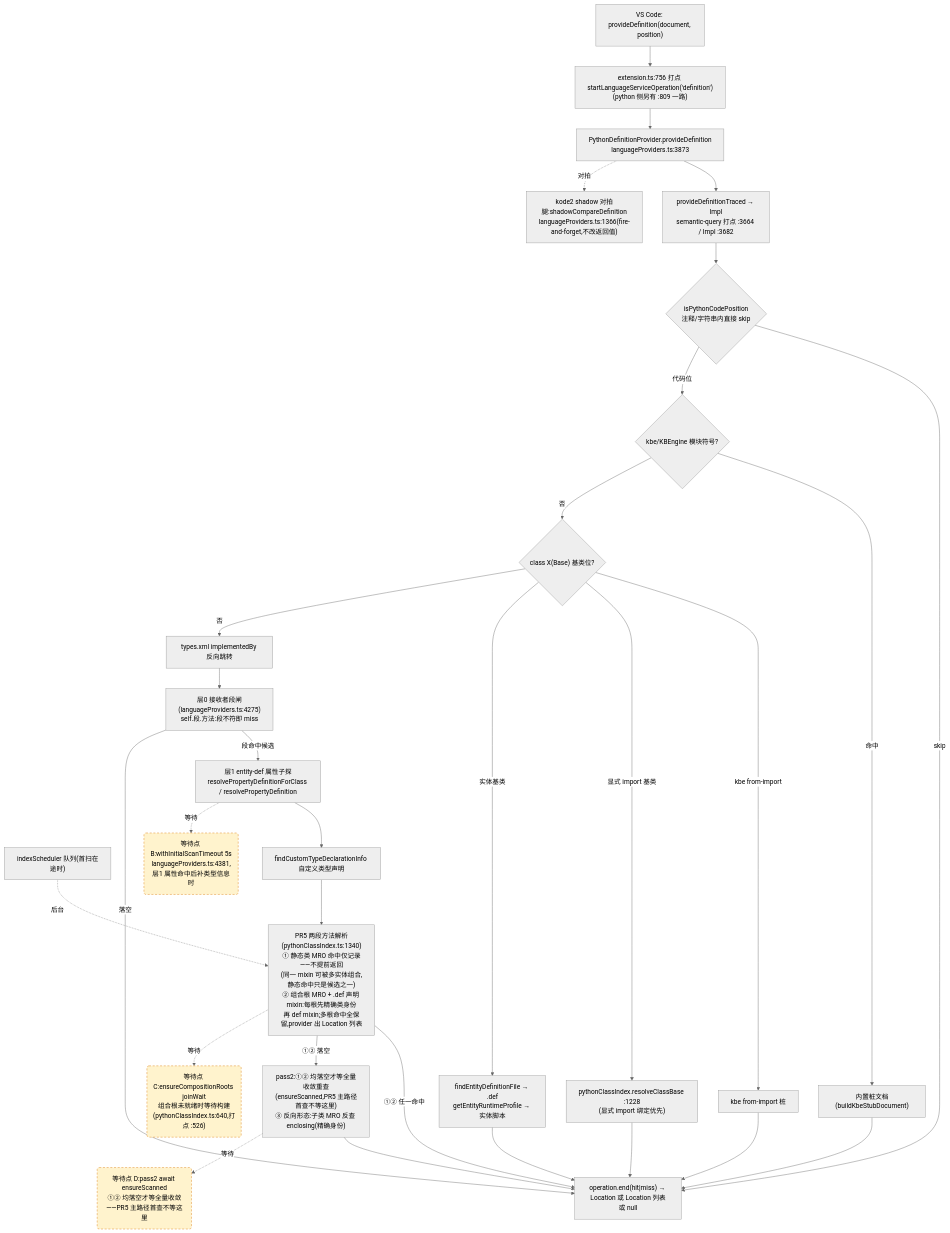
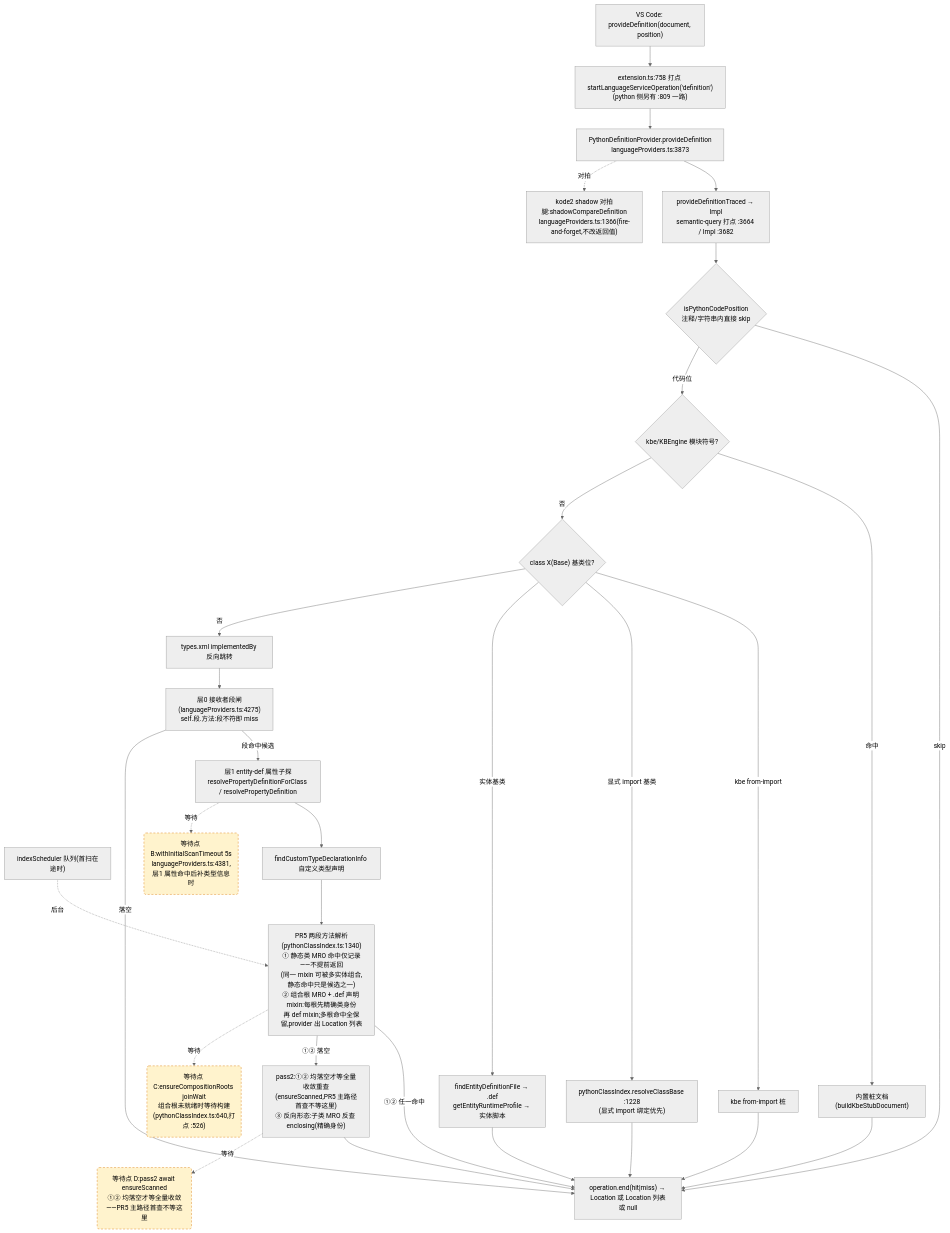
Before and after one commit to cuihairu/kode: the second of 4 diagrams in docs/perf/2026-baseline.md, drawn with Mermaid (neutral theme). The commit also changed other lines of this file and 15 other files, not shown here.

````diff
--- a/docs/perf/2026-baseline.md
+++ b/docs/perf/2026-baseline.md
@@ -130,51 +130,51 @@
 ```mermaid
 flowchart TD
   VC2["VS Code: provideDefinition(document, position)"]
-  M2["extension.ts:756 打点 startLanguageServiceOperation('definition')<br/>(python 侧另有 :809 一路)"]
+  M2["extension.ts:758 打点 startLanguageServiceOperation('definition')<br/>(python 侧另有 :809 一路)"]
   AD2["PythonDefinitionProvider.provideDefinition<br/>languageProviders.ts:3873"]
   TR["provideDefinitionTraced → Impl<br/>semantic-query 打点 :3664 / Impl :3682"]
   CTX{"isPythonCodePosition<br/>注释/字符串内直接 skip"}
   KBE{"kbe/KBEngine 模块符号?"}
   STUB["内置桩文档(buildKbeStubDocument)"]
   CB{"class X(Base) 基类位?"}
   CB1["kbe from-import 桩"]
   CB2["pythonClassIndex.resolveClassBase :1228<br/>(显式 import 绑定优先)"]
   CB3["findEntityDefinitionFile → .def<br/>getEntityRuntimeProfile → 实体脚本"]
   REV["types.xml implementedBy 反向跳转"]
   L0["层0 接收者段闸(languageProviders.ts:4275)<br/>self.段.方法:段不符即 miss"]
   L1["层1 entity-def 属性子探<br/>resolvePropertyDefinitionForClass / resolvePropertyDefinition"]
   SCAN["indexScheduler 队列(首扫在途时)"]
   TY["findCustomTypeDeclarationInfo 自定义类型声明"]
   MRO["PR5 两段方法解析(pythonClassIndex.ts:1340)<br/>① 静态类 MRO 命中仅记录——不提前返回<br/>(同一 mixin 可被多实体组合,静态命中只是候选之一)<br/>② 组合根 MRO + .def 声明 mixin:每根先精确类身份<br/>再 def mixin;多根命中全保留,provider 出 Location 列表"]
   PASS2["pass2:①② 均落空才等全量收敛重查<br/>(ensureScanned,PR5 主路径首查不等这里)<br/>③ 反向形态:子类 MRO 反查 enclosing(精确身份)"]
   SHD["kode2 shadow 对拍腿:shadowCompareDefinition<br/>languageProviders.ts:1366(fire-and-forget,不改返回值)"]
   END2["operation.end(hit|miss) → Location 或 Location 列表或 null"]
 
   VC2 --> M2 --> AD2 --> TR --> CTX
   CTX -- "skip" --> END2
   CTX -- "代码位" --> KBE
   KBE -- "命中" --> STUB --> END2
   KBE -- "否" --> CB
   CB -- "kbe from-import" --> CB1 --> END2
   CB -- "显式 import 基类" --> CB2 --> END2
   CB -- "实体基类" --> CB3 --> END2
   CB -- "否" --> REV --> L0
   L0 -- "段命中候选" --> L1
   L0 -- "落空" --> END2
   L1 --> TY
   TY --> MRO
   MRO -- "①② 任一命中" --> END2
   MRO -- "①② 落空" --> PASS2 --> END2
   AD2 -.->|对拍| SHD
 
   WAITB("等待点 B:withInitialScanTimeout 5s<br/>languageProviders.ts:4381,层1 属性命中后补类型信息时")
   WAITC("等待点 C:ensureCompositionRoots joinWait<br/>组合根未就绪时等待构建(pythonClassIndex.ts:640,打点 :526)")
   WAITD("等待点 D:pass2 await ensureScanned<br/>①② 均落空才等全量收敛——PR5 主路径首查不等这里")
   L1 -.->|等待| WAITB
   MRO -.->|等待| WAITC
   PASS2 -.->|等待| WAITD
   SCAN -.->|后台| MRO
 
   classDef waitPoint fill:#fff3cd,stroke:#d97706,stroke-dasharray:5 4;
   class WAITB,WAITC,WAITD waitPoint;
 ```
````
